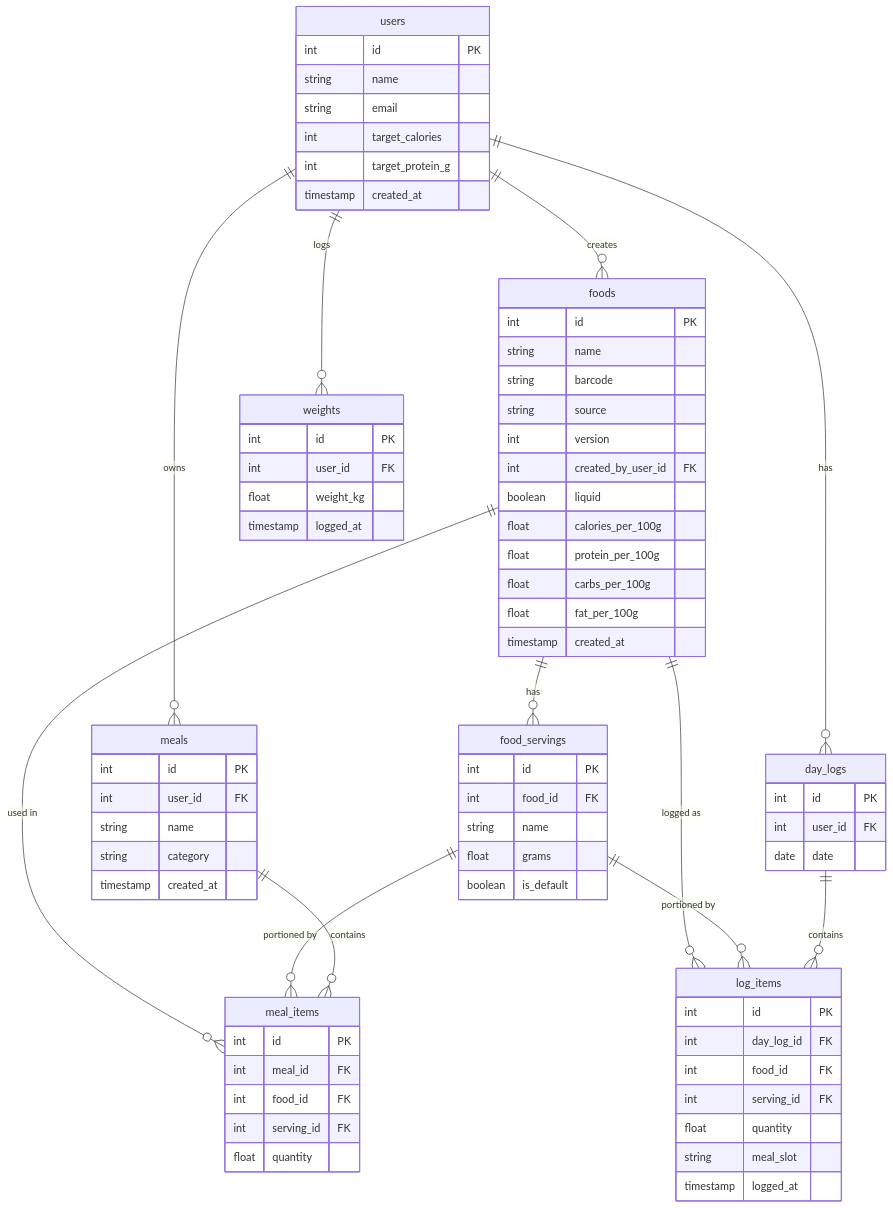
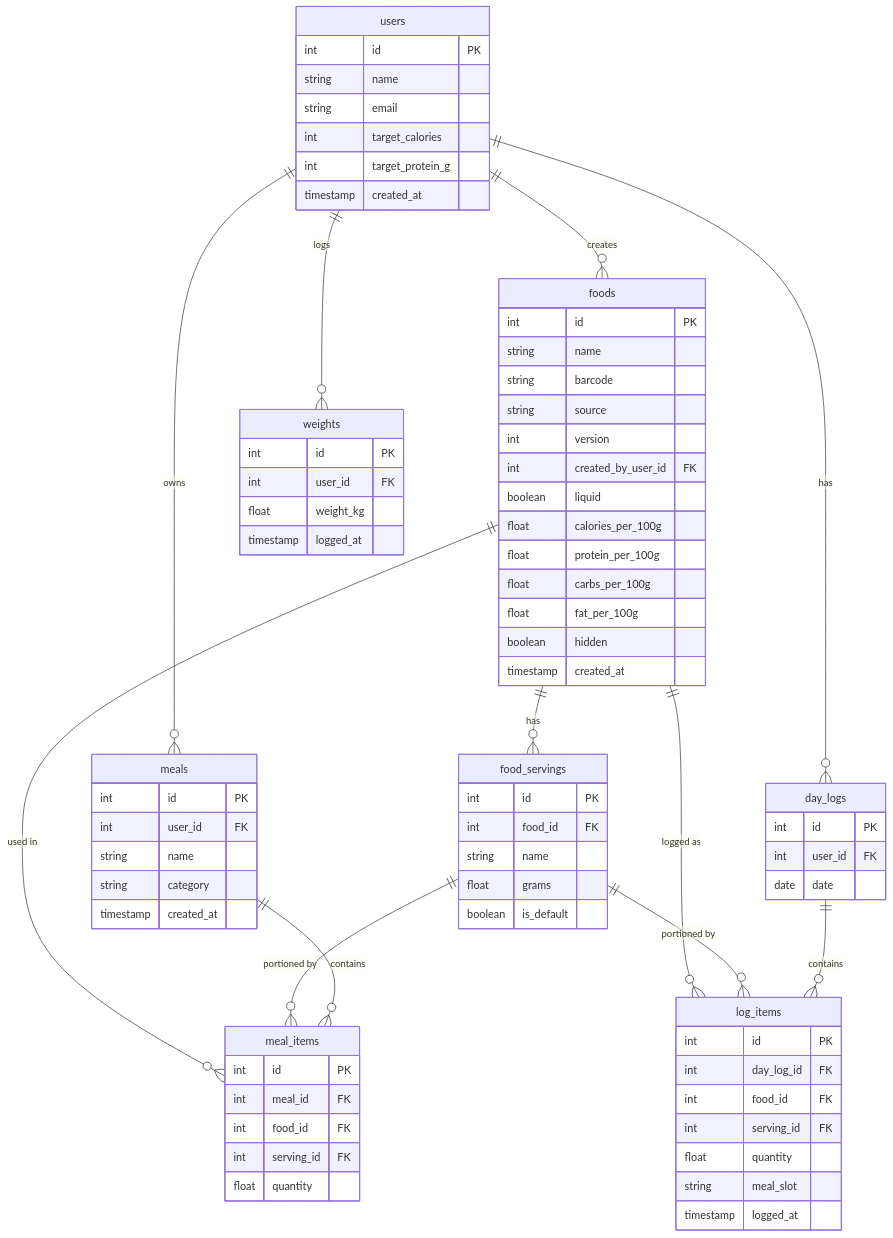
Before and after one commit to Kevintrf/MyFoodHabits: the diagram in database/schema.md, drawn with Mermaid. The commit also changed other lines of this file and 8 other files, not shown here.

```diff
--- a/database/schema.md
+++ b/database/schema.md
@@ -25,6 +25,7 @@
         float protein_per_100g
         float carbs_per_100g
         float fat_per_100g
+        boolean hidden
         timestamp created_at
     }
 
```
